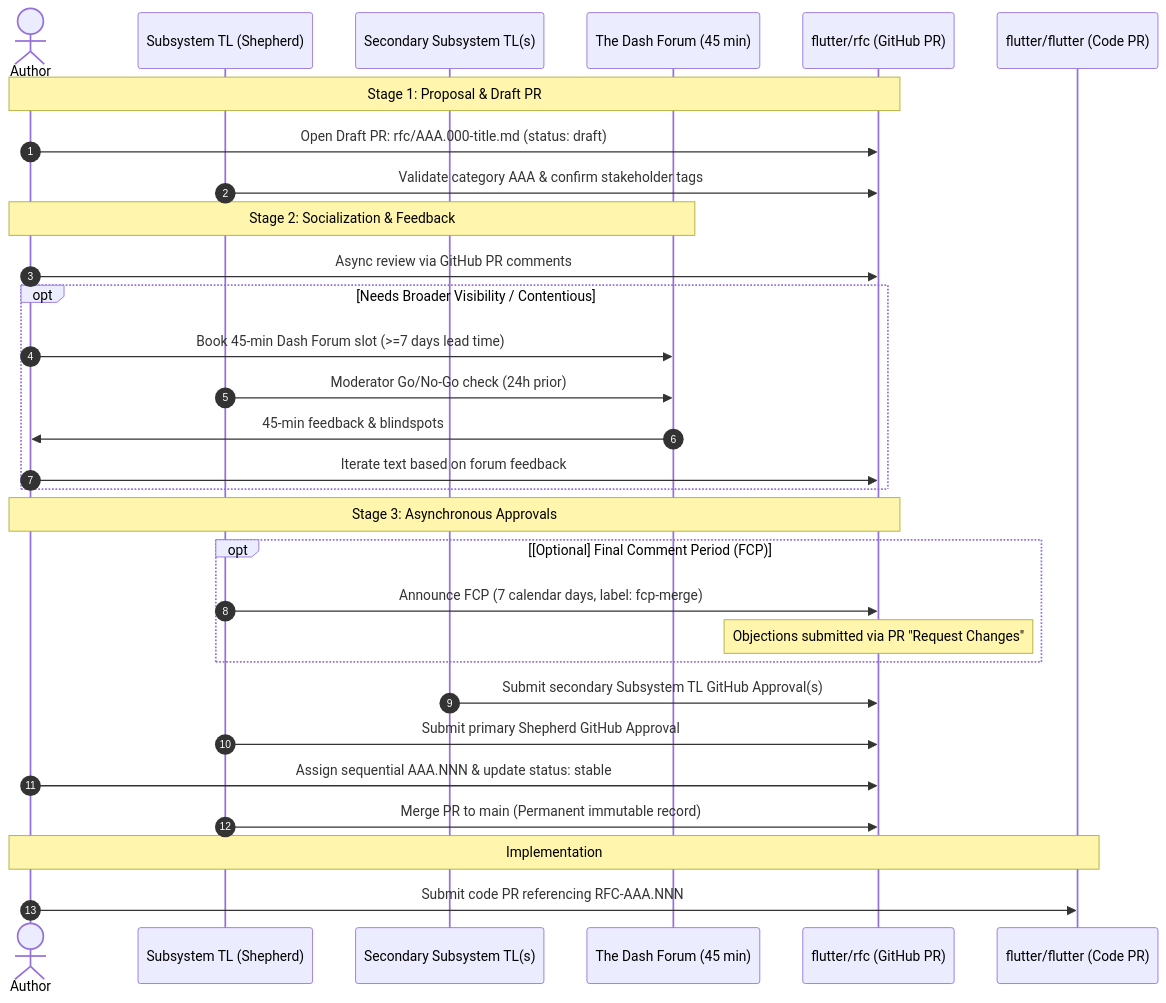
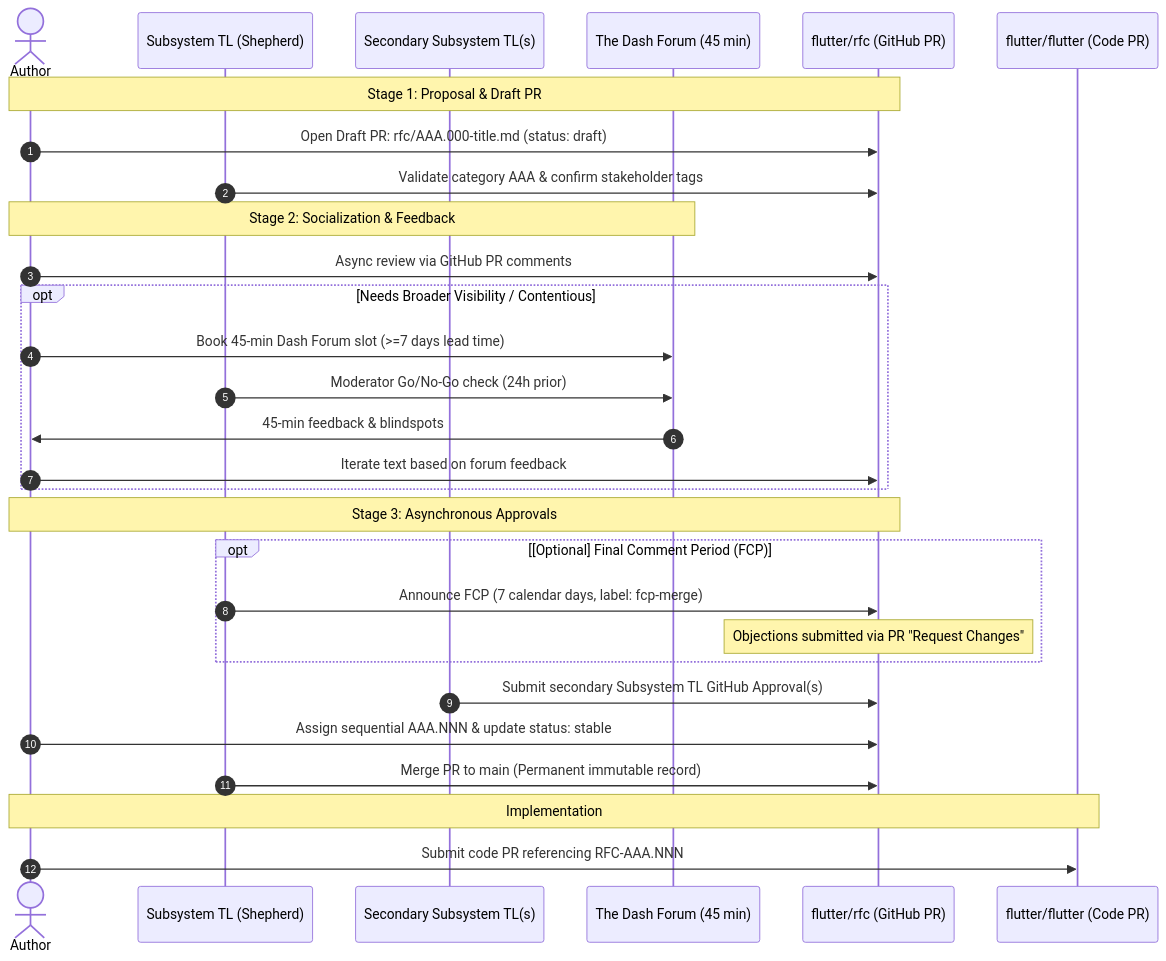
One commit to flutter/rfc changed the diagram in rfc/000.002-flutter-rfc-review-process.md. Above: the diagram before and after it, drawn with Mermaid. The commit also changed other lines of this file, not shown here.

````diff
--- a/rfc/000.002-flutter-rfc-review-process.md
+++ b/rfc/000.002-flutter-rfc-review-process.md
@@ -70,36 +70,35 @@
 ```mermaid
 sequenceDiagram
     autonumber
     actor Author
     participant Shepherd as Subsystem TL (Shepherd)
     participant SecTL as Secondary Subsystem TL(s)
     participant Forum as The Dash Forum (45 min)
     participant Repo as flutter/rfc (GitHub PR)
     participant Code as flutter/flutter (Code PR)
 
     Note over Author,Repo: Stage 1: Proposal & Draft PR
     Author->>Repo: Open Draft PR: rfc/AAA.000-title.md (status: draft)
     Shepherd->>Repo: Validate category AAA & confirm stakeholder tags
 
     Note over Author,Forum: Stage 2: Socialization & Feedback
     Author->>Repo: Async review via GitHub PR comments
     opt Needs Broader Visibility / Contentious
         Author->>Forum: Book 45-min Dash Forum slot (>=7 days lead time)
         Shepherd->>Forum: Moderator Go/No-Go check (24h prior)
         Forum->>Author: 45-min feedback & blindspots
         Author->>Repo: Iterate text based on forum feedback
     end
 
     Note over Author,Repo: Stage 3: Asynchronous Approvals
     opt [Optional] Final Comment Period (FCP)
         Shepherd->>Repo: Announce FCP (7 calendar days, label: fcp-merge)
         Note over Repo: Objections submitted via PR "Request Changes"
     end
     SecTL->>Repo: Submit secondary Subsystem TL GitHub Approval(s)
-    Shepherd->>Repo: Submit primary Shepherd GitHub Approval
     Author->>Repo: Assign sequential AAA.NNN & update status: stable
     Shepherd->>Repo: Merge PR to main (Permanent immutable record)
 
     Note over Author,Code: Implementation
     Author->>Code: Submit code PR referencing RFC-AAA.NNN
 ```
````
